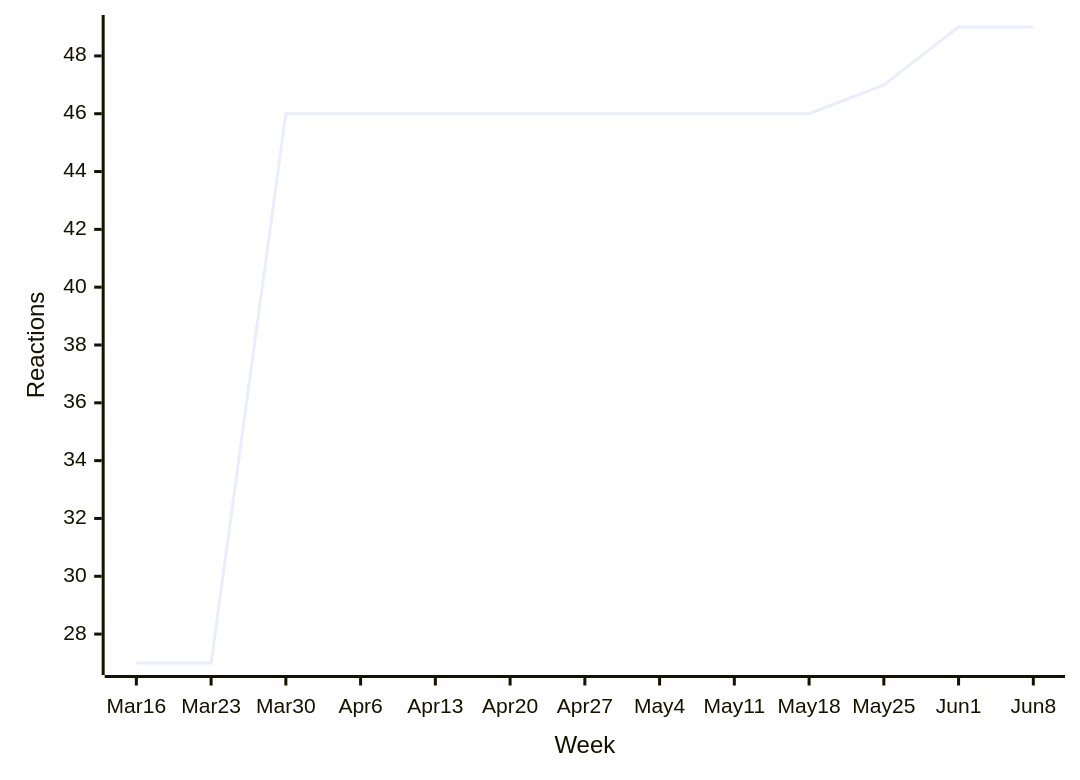
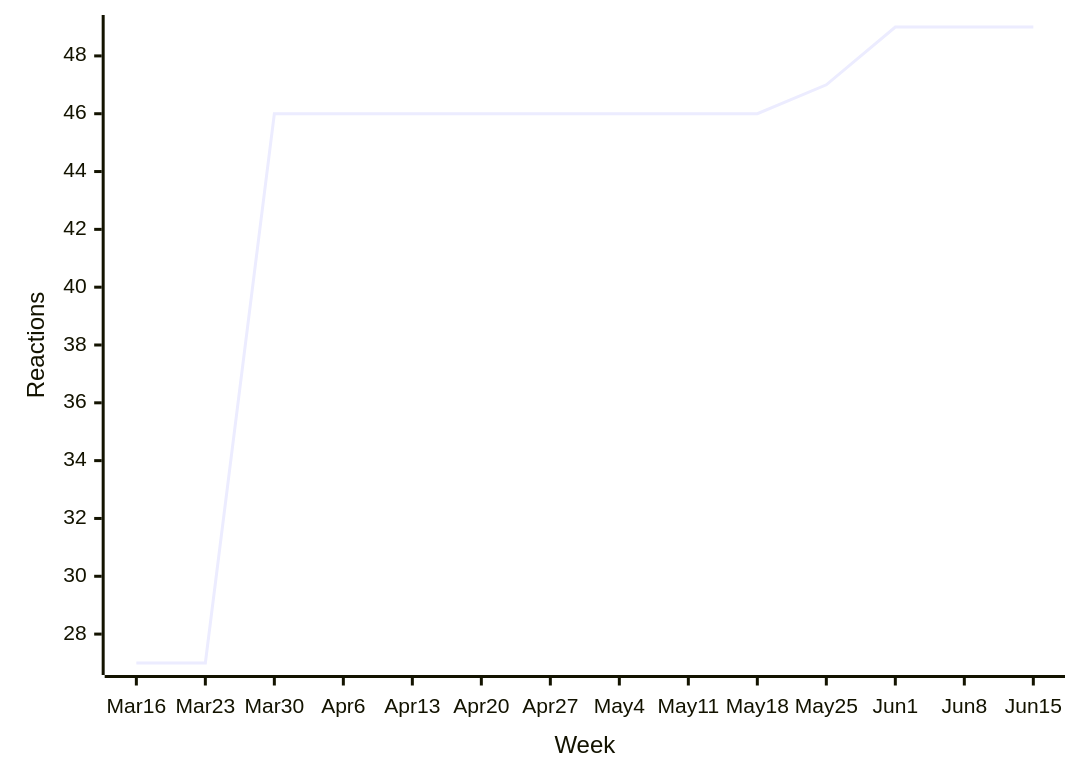
The seventh of 47 diagrams in README.md (loic-sharma/github-insights), drawn with Mermaid before and after one commit. The commit also changed other lines of this file and 3 other files, not shown here.

````diff
--- a/README.md
+++ b/README.md
@@ -441,6 +441,6 @@
   ```mermaid
   xychart-beta
-    x-axis "Week" [Mar 16, Mar 23, Mar 30, Apr 6, Apr 13, Apr 20, Apr 27, May 4, May 11, May 18, May 25, Jun 1, Jun 8]
+    x-axis "Week" [Mar 16, Mar 23, Mar 30, Apr 6, Apr 13, Apr 20, Apr 27, May 4, May 11, May 18, May 25, Jun 1, Jun 8, Jun 15]
     y-axis "Reactions"
-    line [27, 27, 46, 46, 46, 46, 46, 46, 46, 46, 47, 49, 49]
+    line [27, 27, 46, 46, 46, 46, 46, 46, 46, 46, 47, 49, 49, 49]
   ```
````
